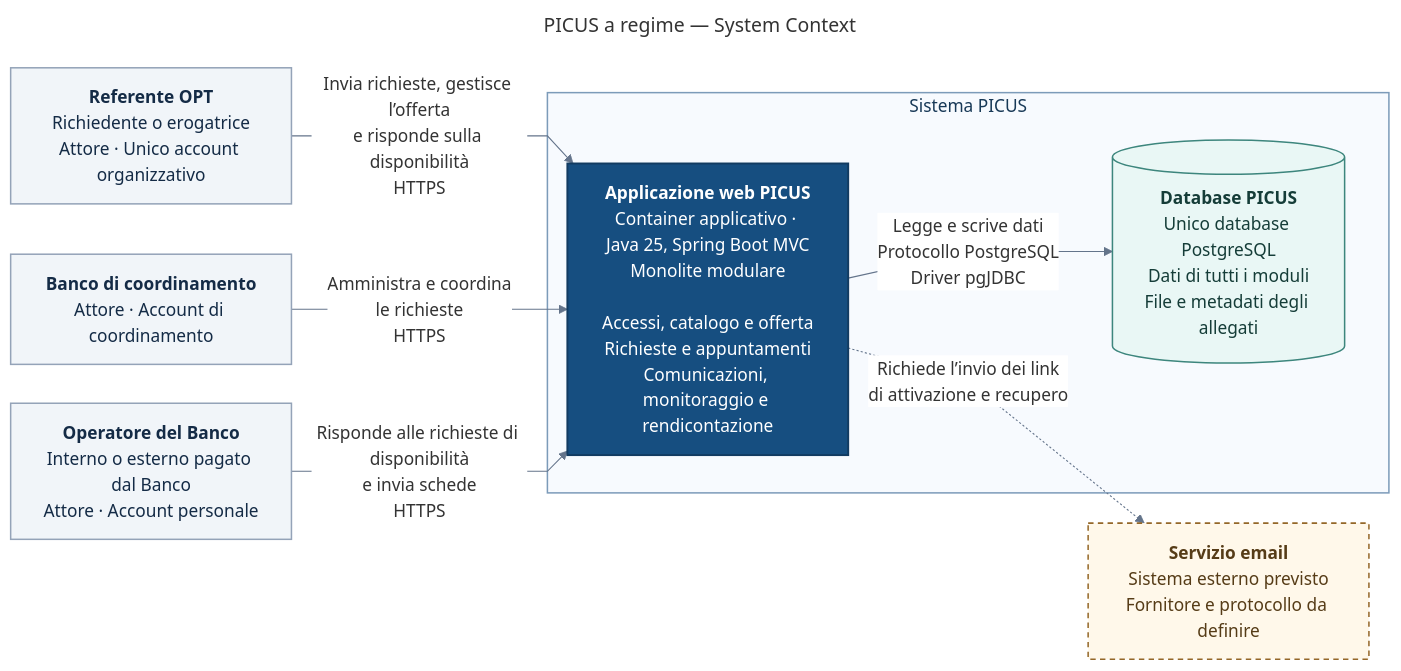
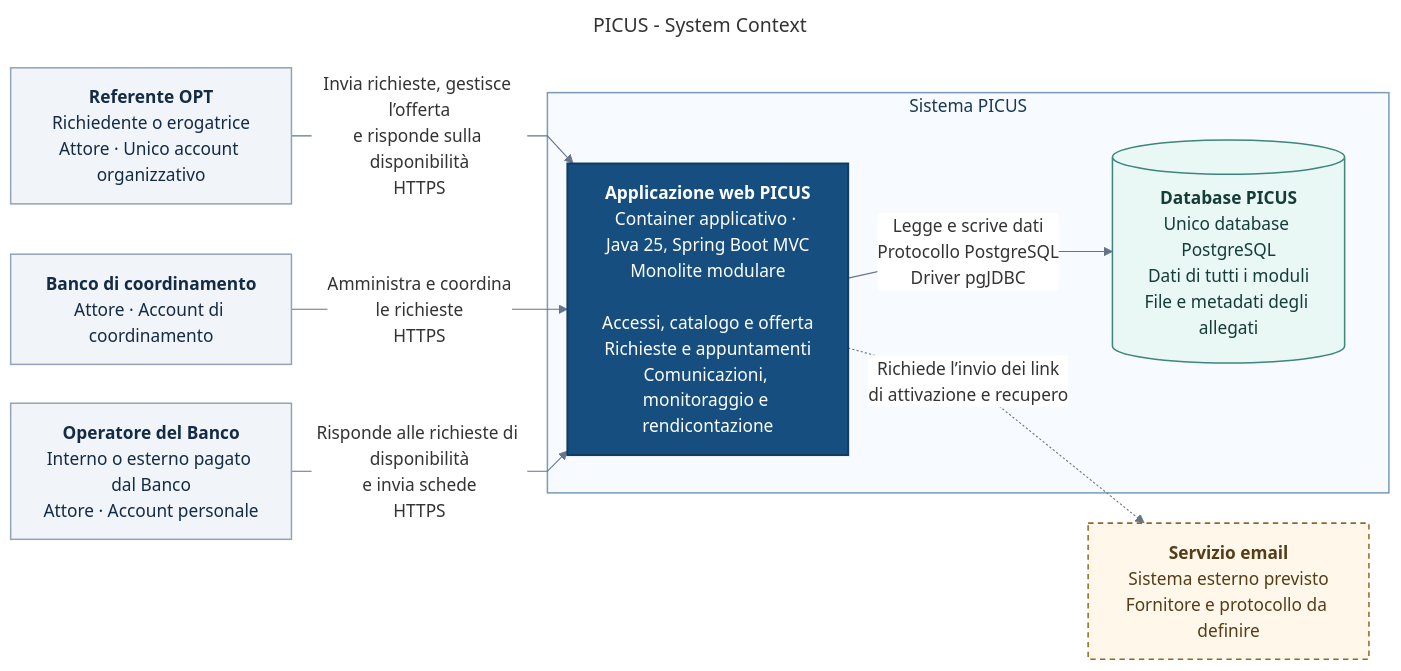
One commit to Pinguini-alla-Fragola/Progetto-SAD changed the diagram in docs/architecture/diagrams/PICUS-System-Context.mmd. Above: the diagram before and after it, drawn with Mermaid. The commit also changed 10 other files, not shown here.

Commit message:
docs: aggiorna e uniforma i diagrammi architetturali

```diff
--- a/docs/architecture/diagrams/PICUS-System-Context.mmd
+++ b/docs/architecture/diagrams/PICUS-System-Context.mmd
@@ -1,44 +1,44 @@
 ---
-title: "PICUS a regime — System Context"
+title: "PICUS - System Context"
 config:
   theme: base
   themeVariables:
     fontFamily: "Arial"
     fontSize: "16px"
     lineColor: "#64748B"
     edgeLabelBackground: "#FFFFFF"
   flowchart:
     curve: linear
     nodeSpacing: 36
     rankSpacing: 37
 ---
 flowchart LR
-    accTitle: PICUS a regime, System Context
+    accTitle: PICUS - System Context
     accDescr: OPT, Banco e Operatori accedono alla web app tramite HTTPS. La web app usa un unico database PostgreSQL per tutti i dati, inclusi file e metadati degli allegati. La consegna delle email è prevista con un servizio esterno da definire.
 
     OPT["<b>Referente OPT</b><br/>Richiedente o erogatrice<br/>Attore · Unico account organizzativo"]
     BANCO["<b>Banco di coordinamento</b><br/>Attore · Account di coordinamento"]
     OPERATORE["<b>Operatore del Banco</b><br/>Interno o esterno pagato dal Banco<br/>Attore · Account personale"]
 
     subgraph PICUS["Sistema PICUS"]
         WEB["<b>Applicazione web PICUS</b><br/>Container applicativo · Java 25, Spring Boot MVC<br/>Monolite modulare<br/><br/>Accessi, catalogo e offerta<br/>Richieste e appuntamenti<br/>Comunicazioni, monitoraggio e rendicontazione"]
         DB[("<b>Database PICUS</b><br/>Unico database PostgreSQL<br/>Dati di tutti i moduli<br/>File e metadati degli allegati")]
         WEB -->|"Legge e scrive dati<br/>Protocollo PostgreSQL<br/>Driver pgJDBC"| DB
     end
 
     EMAIL["<b>Servizio email</b><br/>Sistema esterno previsto<br/>Fornitore e protocollo da definire"]
 
     OPT -->|"Invia richieste, gestisce l’offerta<br/>e risponde sulla disponibilità<br/>HTTPS"| WEB
     BANCO -->|"Amministra e coordina<br/>le richieste<br/>HTTPS"| WEB
     OPERATORE -->|"Risponde alle richieste di disponibilità<br/>e invia schede<br/>HTTPS"| WEB
     WEB -.->|"Richiede l’invio dei link<br/>di attivazione e recupero"| EMAIL
 
     classDef attore fill:#F1F5F9,stroke:#94A3B8,color:#142B46,stroke-width:1.4px
     classDef app fill:#164E80,stroke:#123B61,color:#FFFFFF,stroke-width:1.8px
     classDef dati fill:#E9F7F5,stroke:#3D867D,color:#153D38,stroke-width:1.4px
     classDef esterno fill:#FFF8EA,stroke:#946728,color:#563C17,stroke-width:1.4px,stroke-dasharray:5 4
     class OPT,BANCO,OPERATORE attore
     class WEB app
     class DB dati
     class EMAIL esterno
     style PICUS fill:#F7FAFE,stroke:#7C9BB9,stroke-width:1.4px,color:#183957
```
